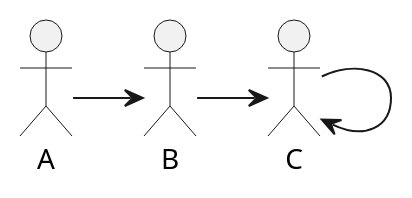
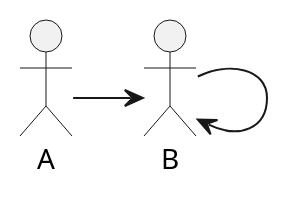
One commit to ethereum/EIPs changed the fourth of 8 diagrams in EIPS/eip-2502.md. Above: the diagram before and after it, drawn with PlantUML. The commit also changed other lines of this file, not shown here.

````diff
--- a/EIPS/eip-2502.md
+++ b/EIPS/eip-2502.md
@@ -69,7 +70,6 @@
 ```plantuml
 @startuml
 :A: -> :B:
-:B: -> :C:
-:C: -> :C:
+:B: -> :B:
 @enduml
 ```
````
